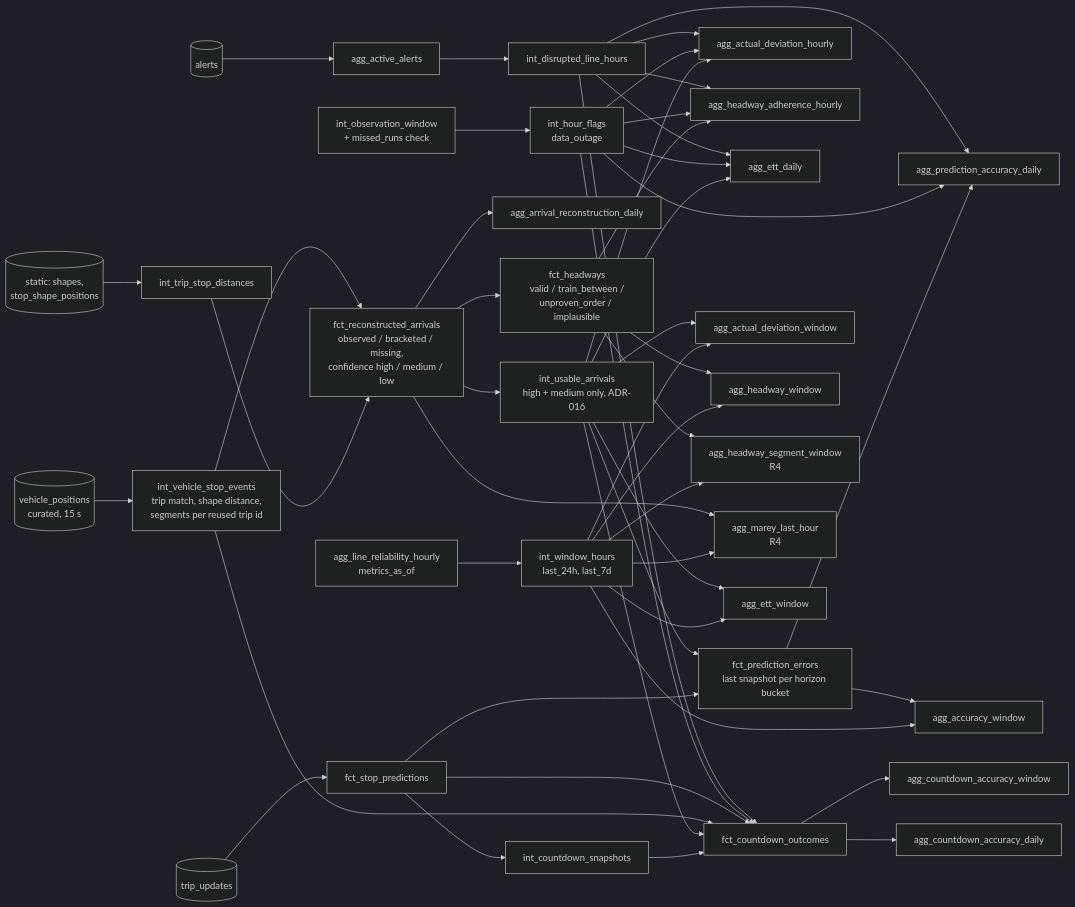
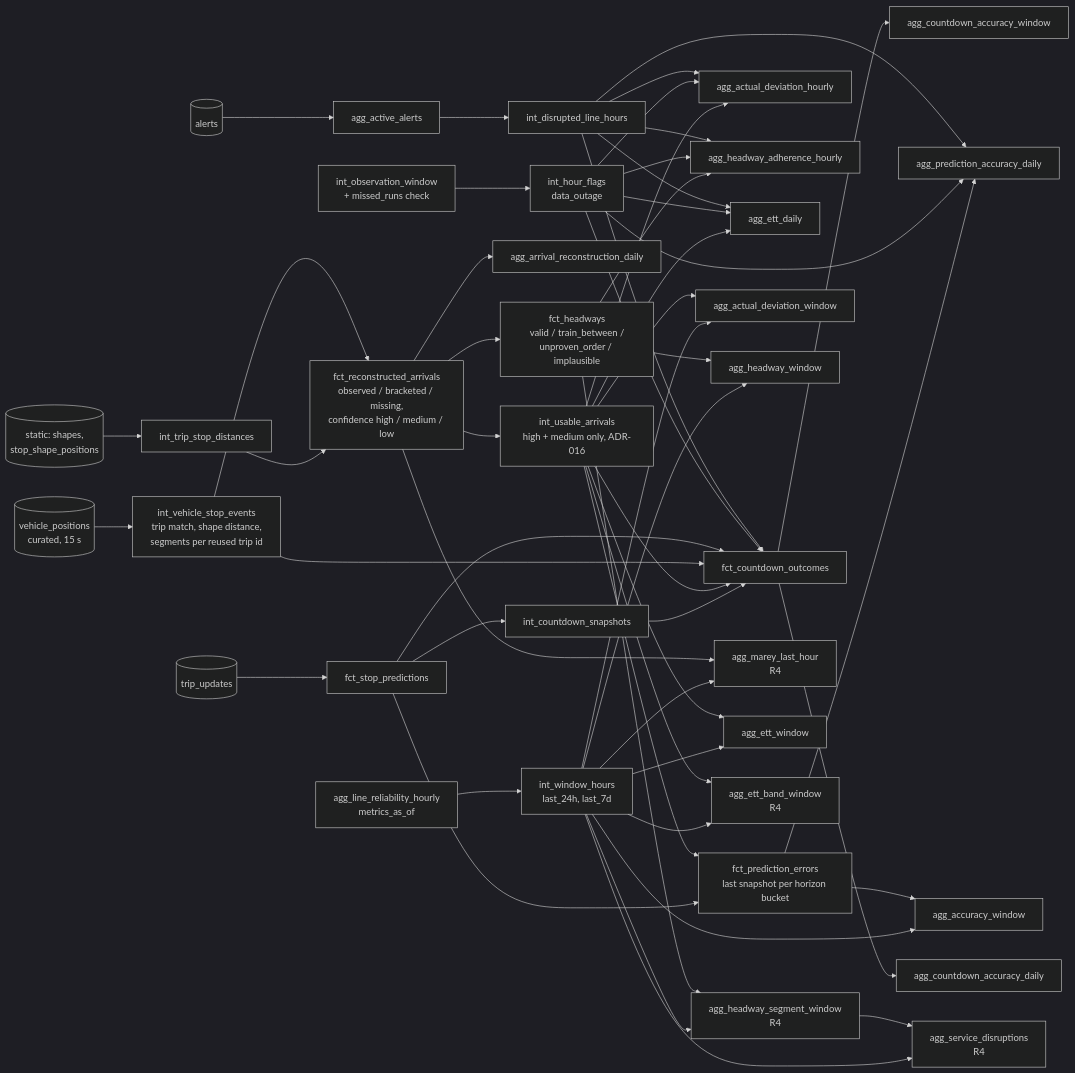
The second of 7 diagrams in docs/LINEAGE.md (akshaygovindd/headway), drawn with Mermaid (dark theme) before and after one commit. The commit also changed other lines of this file and 3 other files, not shown here.

````diff
--- a/docs/LINEAGE.md
+++ b/docs/LINEAGE.md
@@ -147,37 +147,41 @@
 ```mermaid
 flowchart LR
     VP[(vehicle_positions<br/>curated, 15 s)] --> SE[int_vehicle_stop_events<br/>trip match, shape distance,<br/>segments per reused trip id]
     SHAPES[(static: shapes,<br/>stop_shape_positions)] --> TSD[int_trip_stop_distances]
     TSD --> RA
     SE --> RA[fct_reconstructed_arrivals<br/>observed / bracketed / missing,<br/>confidence high / medium / low]
     RA --> UA[int_usable_arrivals<br/>high + medium only, ADR-016]
     RA --> HW[fct_headways<br/>valid / train_between /<br/>unproven_order / implausible]
     RA --> ARD[agg_arrival_reconstruction_daily]
     TU[(trip_updates)] --> SP[fct_stop_predictions]
     SP --> PE[fct_prediction_errors<br/>last snapshot per horizon bucket]
     UA --> PE
     AL[(alerts)] --> AA[agg_active_alerts]
     AA --> DLH[int_disrupted_line_hours]
     OW[int_observation_window<br/>+ missed_runs check] --> HF[int_hour_flags<br/>data_outage]
     PE & HF & DLH --> ACCD[agg_prediction_accuracy_daily]
     UA & HF & DLH --> DEVH[agg_actual_deviation_hourly]
     HW & HF & DLH --> HWH[agg_headway_adherence_hourly]
     UA & HF & DLH --> ETTD[agg_ett_daily]
     ARH[agg_line_reliability_hourly<br/>metrics_as_of] --> WH[int_window_hours<br/>last_24h, last_7d]
     WH --> ACCW[agg_accuracy_window]
     SP --> CDS[int_countdown_snapshots]
     CDS & UA & SE & SP & HF & DLH --> CDO[fct_countdown_outcomes]
     CDO --> CDW[agg_countdown_accuracy_window]
     CDO --> CDD[agg_countdown_accuracy_daily]
     WH --> DEVW[agg_actual_deviation_window]
     WH --> HWW[agg_headway_window]
     WH --> HSW[agg_headway_segment_window<br/>R4]
     HW --> HSW
     WH --> MLH[agg_marey_last_hour<br/>R4]
     RA --> MLH
     WH --> ETTW[agg_ett_window]
+    WH --> ETTB[agg_ett_band_window<br/>R4]
+    UA --> ETTB
+    WH --> SDS[agg_service_disruptions<br/>R4]
+    HSW --> SDS
     PE --> ACCW
     UA --> DEVW
     HW --> HWW
     UA --> ETTW
 ```
````
